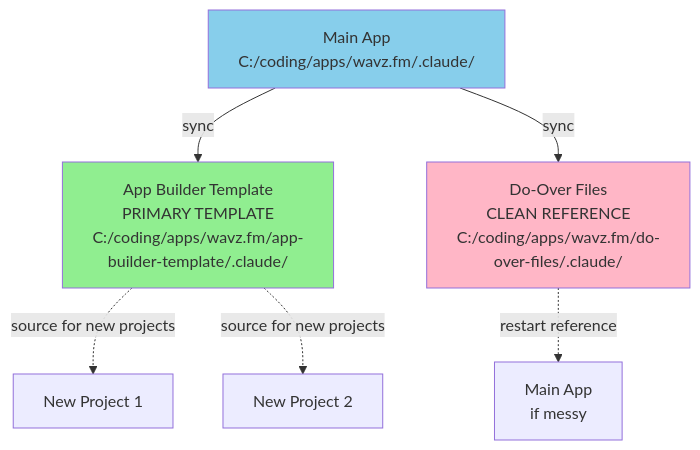
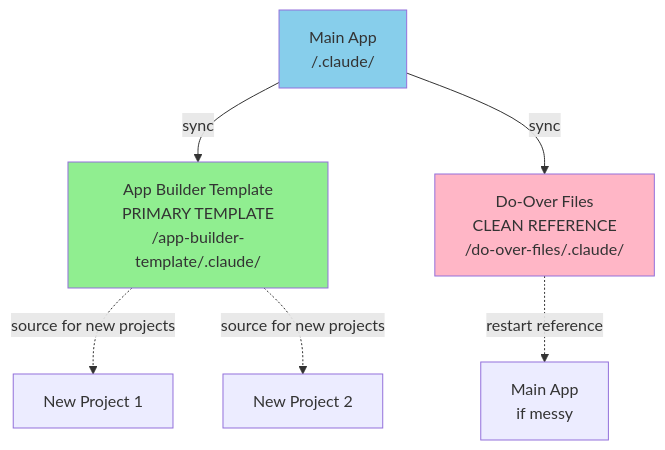
One commit to pelchers/IDEAS_MANAGEMENT changed the first of 2 diagrams in .claude/skills/maintaining-trinary-sync/SKILL.md. Above: the diagram before and after it, drawn with Mermaid. The commit also changed other lines of this file and 114 other files, not shown here.

First line of the commit message:
Replace .claude/ and .codex/ with latest from template repo

````diff
--- a/.claude/skills/maintaining-trinary-sync/SKILL.md
+++ b/.claude/skills/maintaining-trinary-sync/SKILL.md
@@ -67,14 +67,14 @@
 ```mermaid
 graph TD
-    A[Main App<br/>C:/coding/apps/wavz.fm/.claude/] -->|sync| B[App Builder Template<br/>PRIMARY TEMPLATE<br/>C:/coding/apps/wavz.fm/app-builder-template/.claude/]
-    A -->|sync| C[Do-Over Files<br/>CLEAN REFERENCE<br/>C:/coding/apps/wavz.fm/do-over-files/.claude/]
+    A[Main App<br/><PROJECT_ROOT>/.claude/] -->|sync| B[App Builder Template<br/>PRIMARY TEMPLATE<br/><PROJECT_ROOT>/app-builder-template/.claude/]
+    A -->|sync| C[Do-Over Files<br/>CLEAN REFERENCE<br/><PROJECT_ROOT>/do-over-files/.claude/]
 
     B -.->|source for new projects| D[New Project 1]
     B -.->|source for new projects| E[New Project 2]
 
     C -.->|restart reference| F[Main App<br/>if messy]
 
     style B fill:#90EE90
     style A fill:#87CEEB
     style C fill:#FFB6C6
 ```
````
